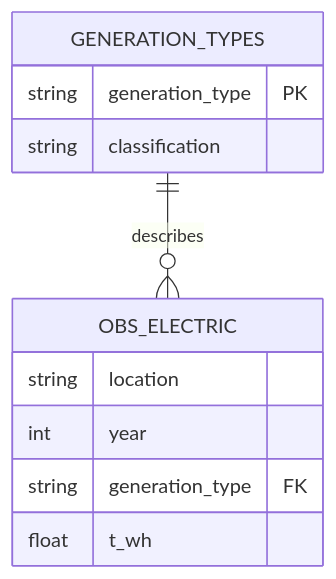
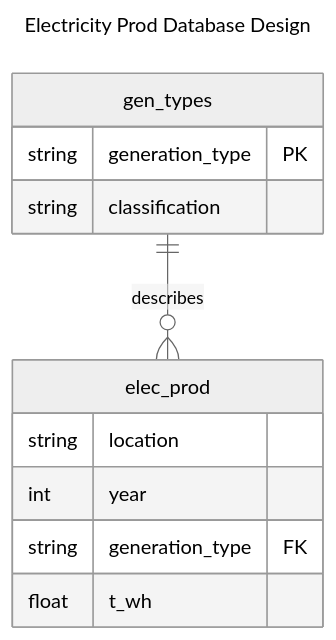
The third of 3 diagrams in Project_2/Project_2_Data_607.qmd (EllieWilser/Data_607), drawn with Mermaid before and after one commit. The commit also changed other lines of this file and 4 other files, not shown here.

````diff
--- a/Project_2/Project_2_Data_607.qmd
+++ b/Project_2/Project_2_Data_607.qmd
@@ -270,16 +656,22 @@
 ```{mermaid}
+---
+title: Electricity Prod Database Design
+config:
+  theme: neutral
+  look: classic
+---
 erDiagram
-    OBS_ELECTRIC {
+    elec_prod {
         string location 
         int year 
         string generation_type FK
         float t_wh
     }
     
-    GENERATION_TYPES {
+    gen_types {
       string generation_type PK
       string classification
     
     }
-    GENERATION_TYPES ||--o{ OBS_ELECTRIC : describes
+    gen_types ||--o{ elec_prod : describes
 ```
````
